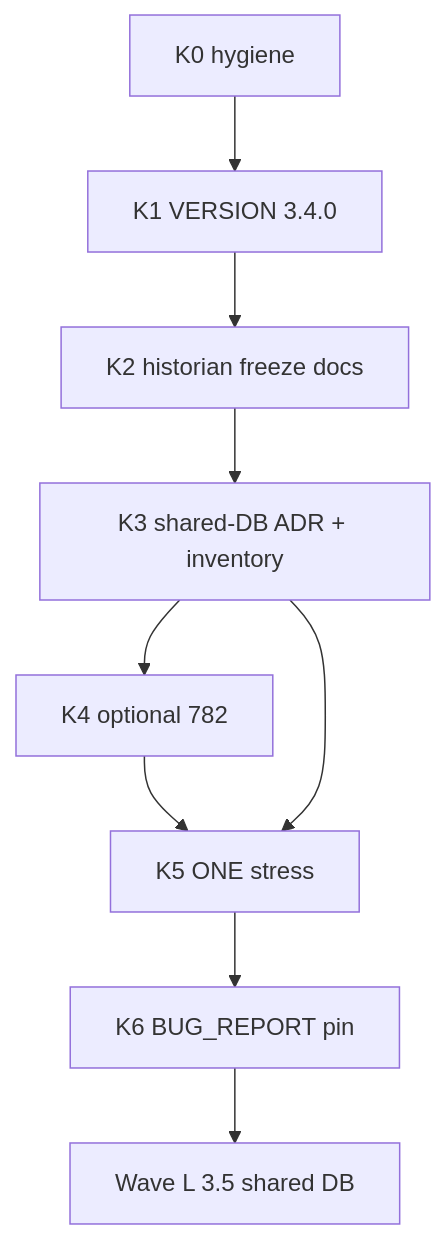
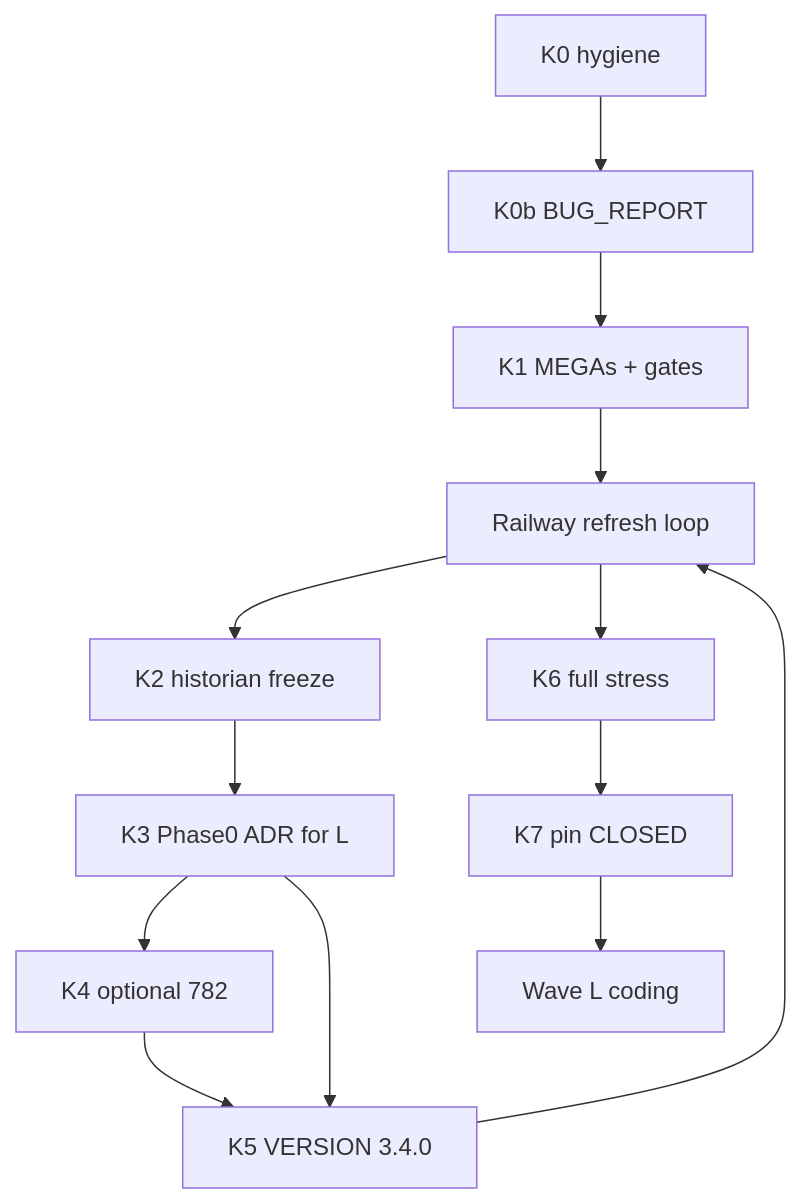
The diagram in docs/operations/patch_trains/openfdd_wave_k_340_filesystem_pin_program.plan.md (bbartling/open-fdd), drawn with Mermaid before and after one commit. The commit also changed other lines of this file and 16 other files, not shown here.

First line of the commit message:
fix(wave-k): MEGAs for sensor-faults, MQTT quad publish, data-model

````diff
--- a/docs/operations/patch_trains/openfdd_wave_k_340_filesystem_pin_program.plan.md
+++ b/docs/operations/patch_trains/openfdd_wave_k_340_filesystem_pin_program.plan.md
@@ -51,19 +96,17 @@
 ```mermaid
 flowchart TD
   K0[K0 hygiene]
-  K1[K1 VERSION 3.4.0]
-  K2[K2 historian freeze docs]
-  K3[K3 shared-DB ADR + inventory]
+  K0b[K0b BUG_REPORT]
+  K1[K1 MEGAs + gates]
+  loop[Railway refresh loop]
+  K2[K2 historian freeze]
+  K3[K3 Phase0 ADR for L]
   K4[K4 optional 782]
-  K5[K5 ONE stress]
-  K6[K6 BUG_REPORT pin]
-  L[Wave L 3.5 shared DB]
-  K0 --> K1
-  K1 --> K2
-  K2 --> K3
-  K3 --> K4
-  K4 --> K5
+  K5[K5 VERSION 3.4.0]
+  K6[K6 full stress]
+  K7[K7 pin CLOSED]
+  L[Wave L coding]
+  K0 --> K0b --> K1 --> loop --> K2 --> K3
+  K3 --> K4 --> K5 --> loop --> K6 --> K7 --> L
   K3 --> K5
-  K5 --> K6
-  K6 --> L
 ```
````
